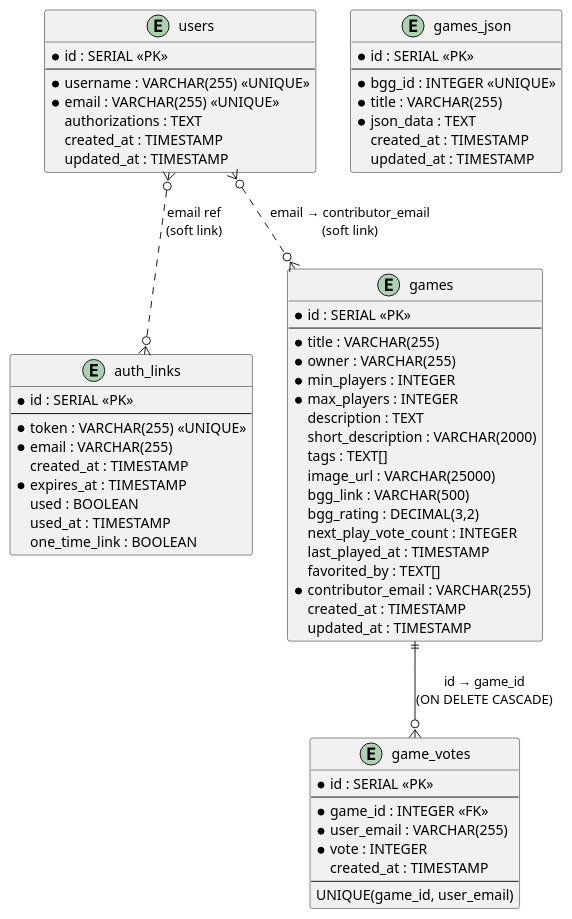
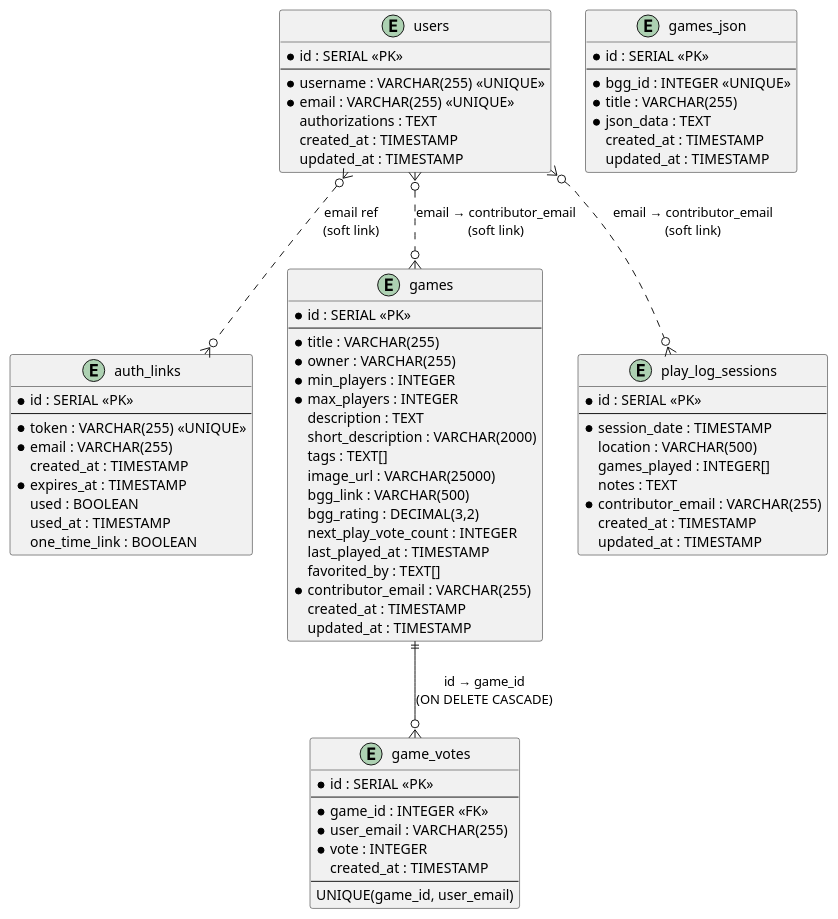
The sixth of 6 diagrams in Game Group Site.md (leshmark/gamegroup), drawn with PlantUML before and after one commit. The commit also changed other lines of this file and 8 other files, not shown here.

````diff
--- a/Game Group Site.md
+++ b/Game Group Site.md
@@ -711,8 +772,21 @@
     updated_at : TIMESTAMP
 }
 
+entity "play_log_sessions" {
+    * id : SERIAL <<PK>>
+    --
+    * session_date : TIMESTAMP
+    location : VARCHAR(500)
+    games_played : INTEGER[]
+    notes : TEXT
+    * contributor_email : VARCHAR(255)
+    created_at : TIMESTAMP
+    updated_at : TIMESTAMP
+}
+
 games ||--o{ game_votes : "id → game_id\n(ON DELETE CASCADE)"
 users }o..o{ auth_links : "email ref\n(soft link)"
 users }o..o{ games : "email → contributor_email\n(soft link)"
+users }o..o{ play_log_sessions : "email → contributor_email\n(soft link)"
 @enduml
 ```
````
